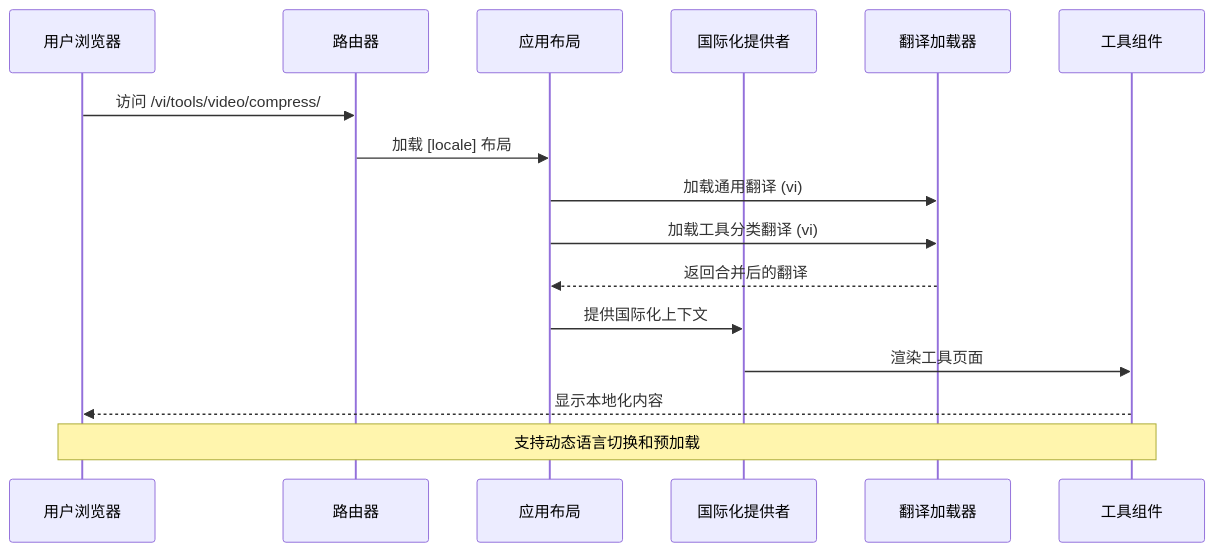
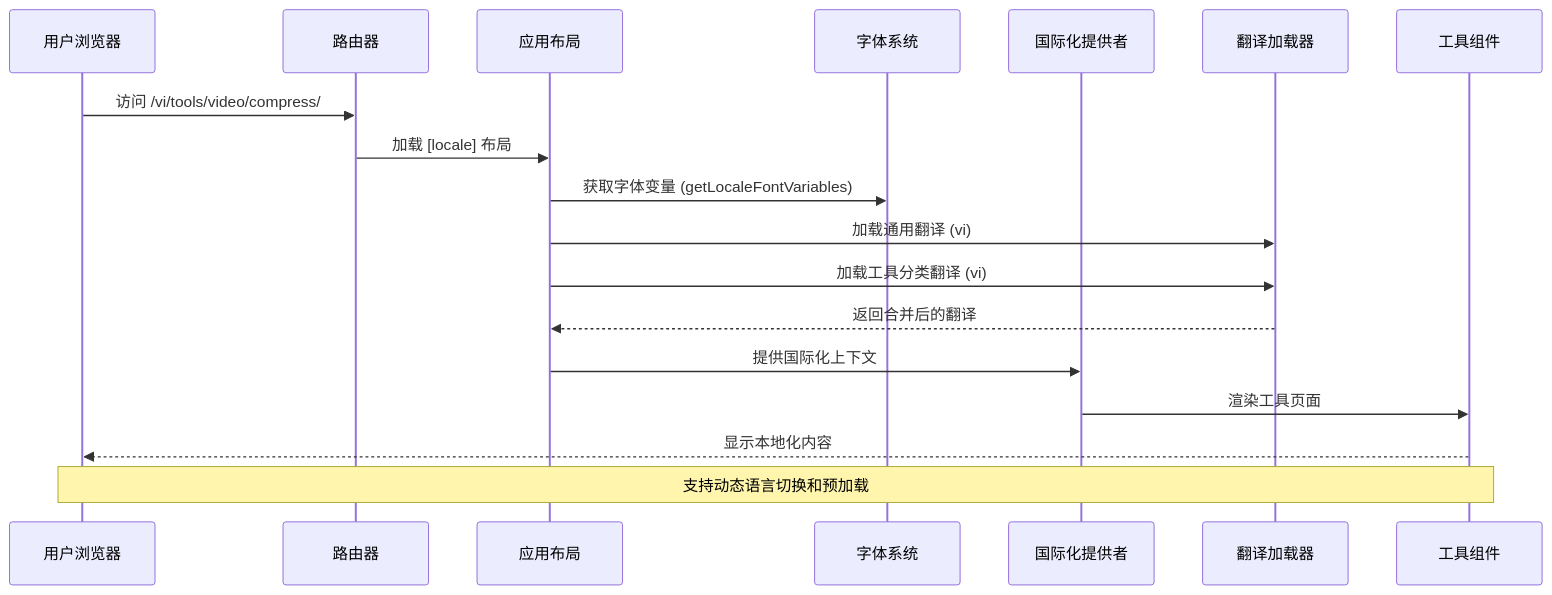
Before and after one commit to sgyy/privadeck: the fifth of 10 diagrams in .qoder/repowiki/zh/content/技术架构/国际化系统.md, drawn with Mermaid. The commit also changed other lines of this file and 5 other files, not shown here.

````diff
--- a/.qoder/repowiki/zh/content/技术架构/国际化系统.md
+++ b/.qoder/repowiki/zh/content/技术架构/国际化系统.md
@@ -241,18 +303,20 @@
 ```mermaid
 sequenceDiagram
 participant User as 用户浏览器
 participant Router as 路由器
 participant Layout as 应用布局
+participant Fonts as 字体系统
 participant Provider as 国际化提供者
 participant Messages as 翻译加载器
 participant Tools as 工具组件
 User->>Router : 访问 /vi/tools/video/compress/
 Router->>Layout : 加载 [locale] 布局
+Layout->>Fonts : 获取字体变量 (getLocaleFontVariables)
 Layout->>Messages : 加载通用翻译 (vi)
 Layout->>Messages : 加载工具分类翻译 (vi)
 Messages-->>Layout : 返回合并后的翻译
 Layout->>Provider : 提供国际化上下文
 Provider->>Tools : 渲染工具页面
 Tools-->>User : 显示本地化内容
 Note over User,Tools : 支持动态语言切换和预加载
 ```
````
